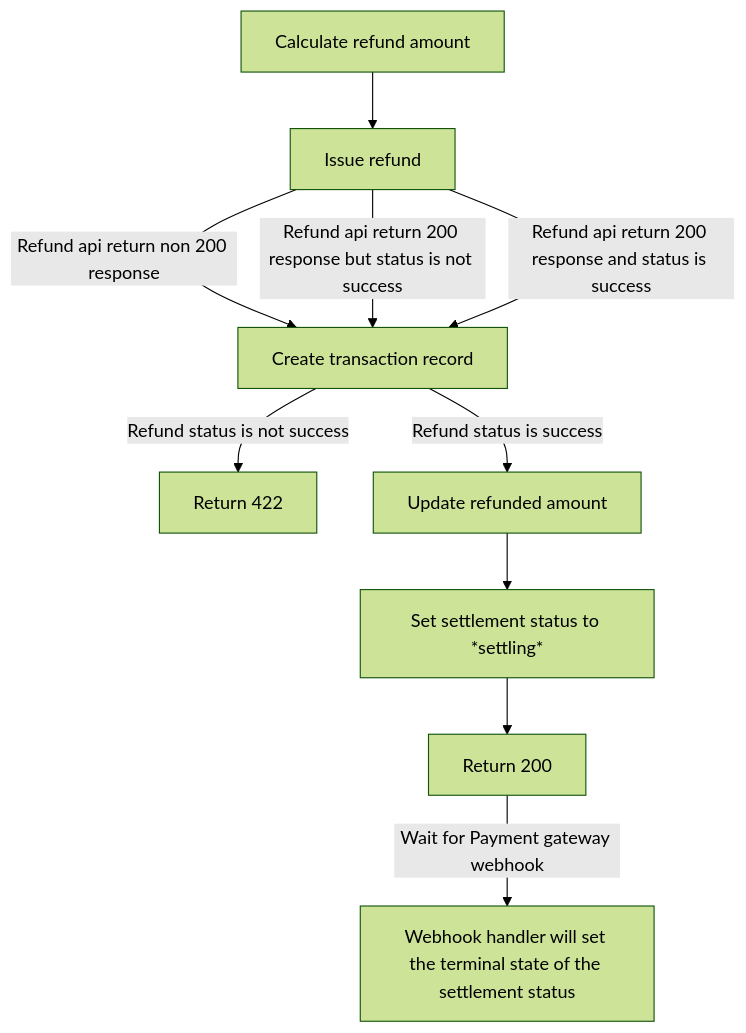
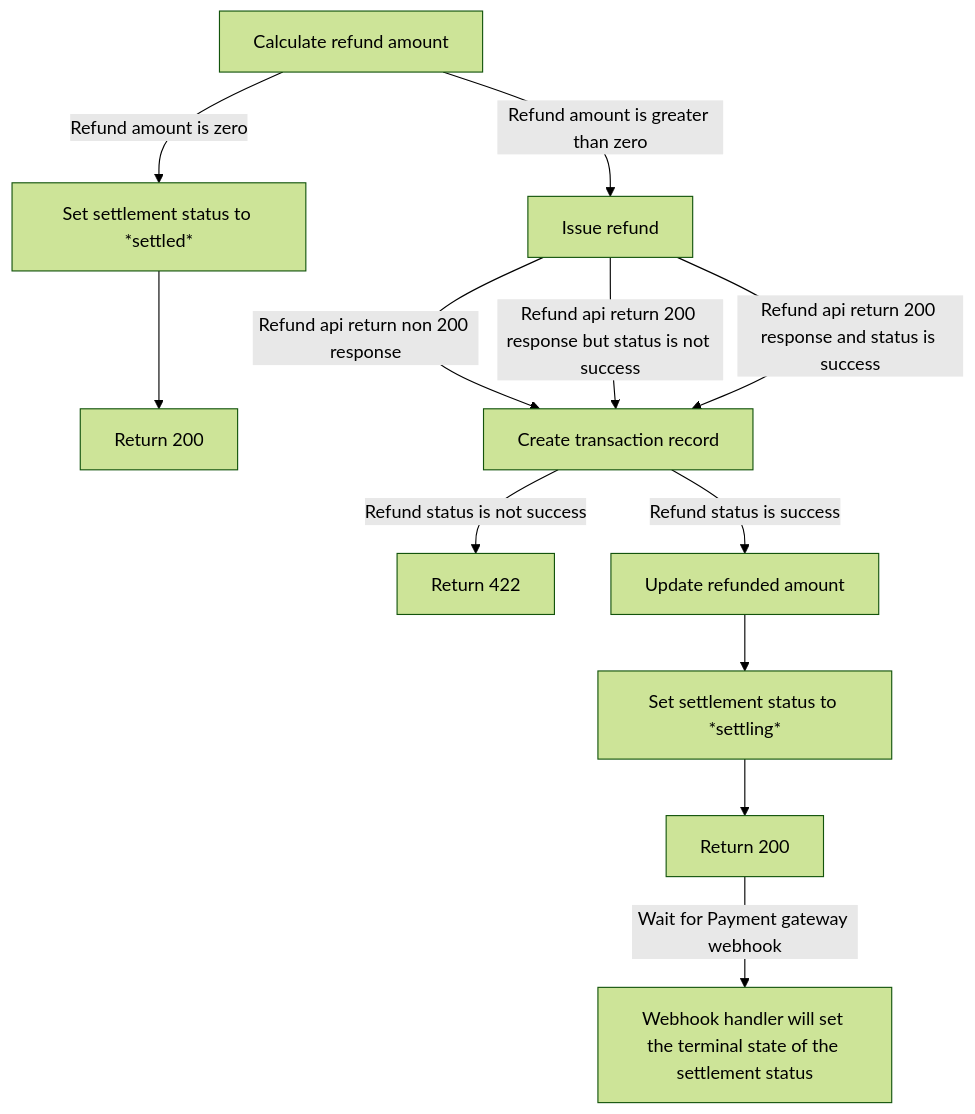
The fourth of 4 diagrams in checkout-settlement-operation.md (israelcoper/mermaid-diagram), drawn with Mermaid (forest theme) before and after one commit.

Commit message:
Refund amount condition

````diff
--- a/checkout-settlement-operation.md
+++ b/checkout-settlement-operation.md
@@ -46,15 +46,17 @@
 ```mermaid
 ---
 title:
 ---
 flowchart TB;
-    A[Calculate refund amount]-->B[Issue refund];
+    A-- Refund amount is greater than zero -->B[Issue refund];
+    A[Calculate refund amount]-- Refund amount is zero -->Y["Set settlement status to *settled*"];
+    Y-->H[Return 200];
     B-- Refund api return non 200 response -->D[Create transaction record]; 
     B-- Refund api return 200 response but status is not success -->D;
     B-- Refund api return 200 response and status is success -->D;
     D-- Refund status is not success -->X[Return 422];
     D-- Refund status is success -->Z[Update refunded amount];
     Z-->E["Set settlement status to *settling*"];
     E-->F[Return 200];
     F-- Wait for Payment gateway webhook -->G[Webhook handler will set the terminal state of the settlement status];
 ```
````
